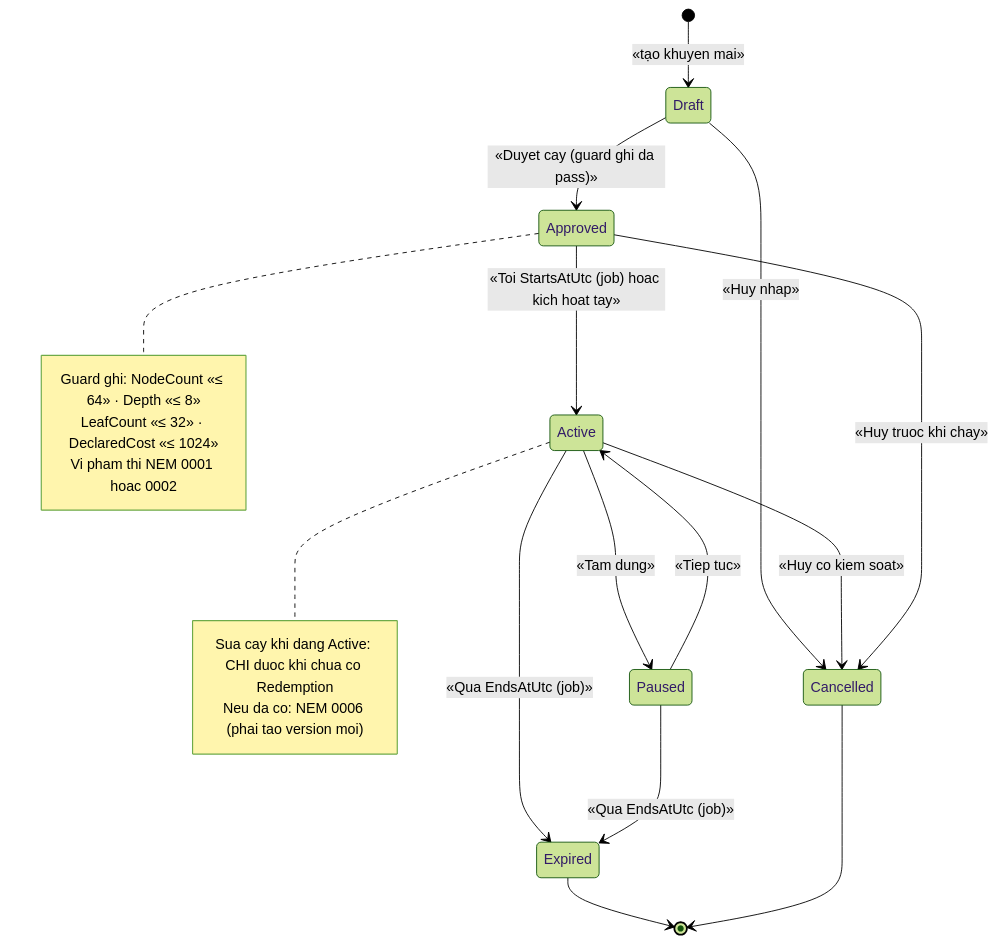
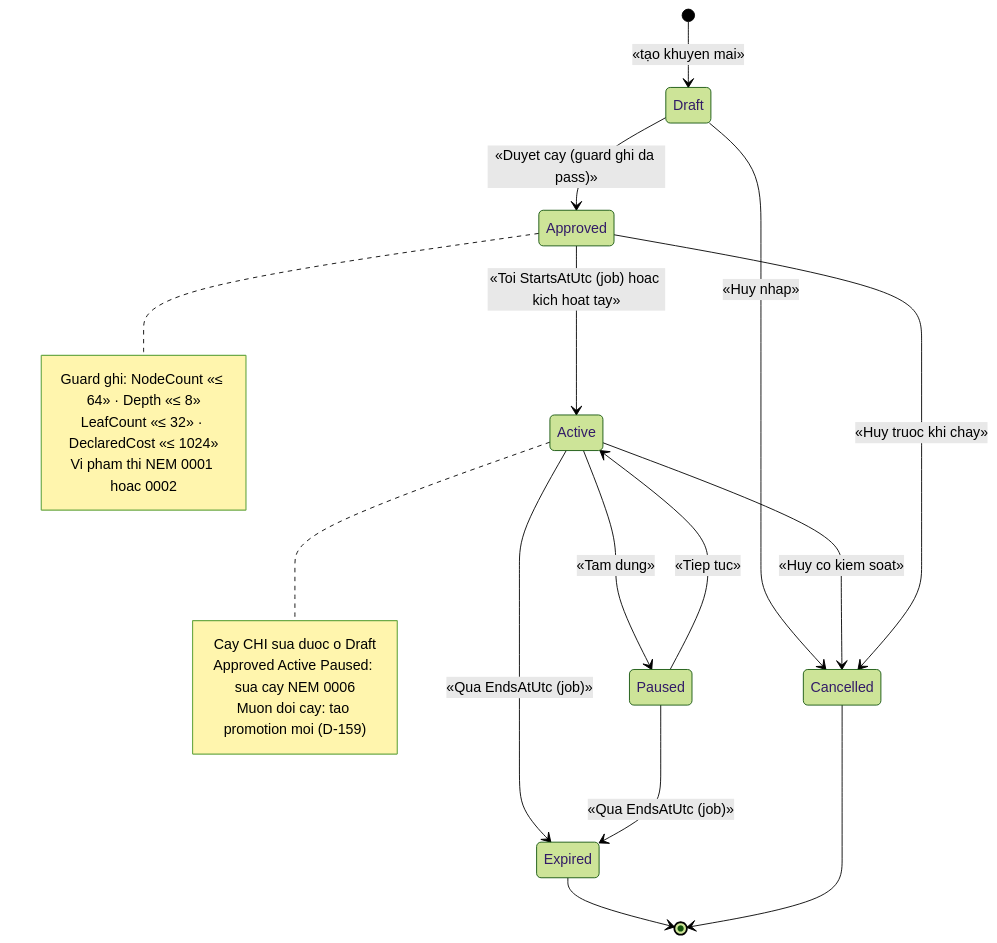
Before and after one commit to hungnt9801/eCommerce: the first of 3 diagrams in docs/features/promotions/pro-002-cay-dieu-kien-engine-khuyen-mai.md, drawn with Mermaid (forest theme). The commit also changed other lines of this file and 6 other files, not shown here.

````diff
--- a/docs/features/promotions/pro-002-cay-dieu-kien-engine-khuyen-mai.md
+++ b/docs/features/promotions/pro-002-cay-dieu-kien-engine-khuyen-mai.md
@@ -133,26 +137,27 @@
 ```mermaid
 stateDiagram-v2
     [*] --> Draft : «tạo khuyen mai»
     Draft --> Approved : «Duyet cay (guard ghi da pass)»
     Draft --> Cancelled : «Huy nhap»
     Approved --> Active : «Toi StartsAtUtc (job) hoac kich hoat tay»
     Active --> Paused : «Tam dung»
     Paused --> Active : «Tiep tuc»
     Active --> Expired : «Qua EndsAtUtc (job)»
     Paused --> Expired : «Qua EndsAtUtc (job)»
     Active --> Cancelled : «Huy co kiem soat»
     Approved --> Cancelled : «Huy truoc khi chay»
     Expired --> [*]
     Cancelled --> [*]
 
     note right of Approved
       Guard ghi: NodeCount «≤ 64» · Depth «≤ 8»
       LeafCount «≤ 32» · DeclaredCost «≤ 1024»
       Vi pham thi NEM 0001 hoac 0002
     end note
 
     note right of Active
-      Sua cay khi dang Active: CHI duoc khi chua co Redemption
-      Neu da co: NEM 0006 (phai tao version moi)
+      Cay CHI sua duoc o Draft
+      Approved Active Paused: sua cay NEM 0006
+      Muon doi cay: tao promotion moi (D-159)
     end note
 ```
````
